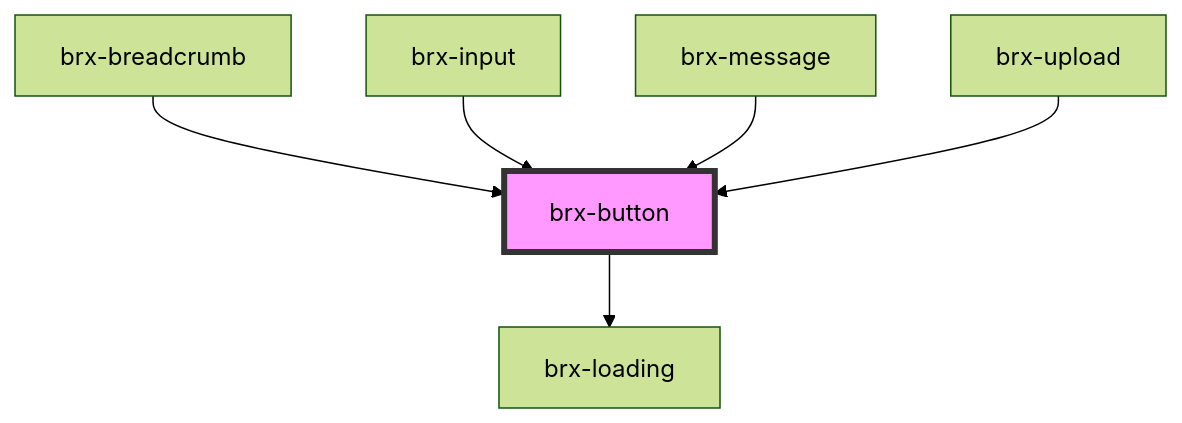
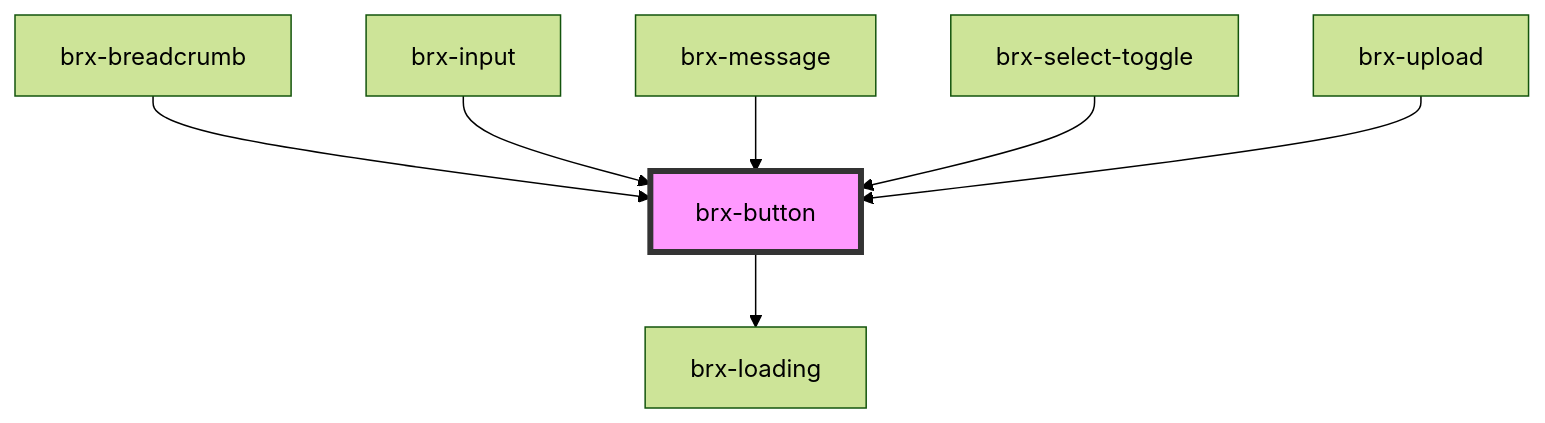
The diagram in packages/core/src/components/brx-button/readme.md (copperui/copperui), drawn with Mermaid (forest theme) before and after one commit. The commit also changed other lines of this file and 17 other files, not shown here.

````diff
--- a/packages/core/src/components/brx-button/readme.md
+++ b/packages/core/src/components/brx-button/readme.md
@@ -53,9 +54,10 @@
 ```mermaid
 graph TD;
   brx-button --> brx-loading
   brx-breadcrumb --> brx-button
   brx-input --> brx-button
   brx-message --> brx-button
+  brx-select-toggle --> brx-button
   brx-upload --> brx-button
   style brx-button fill:#f9f,stroke:#333,stroke-width:4px
 ```
````
